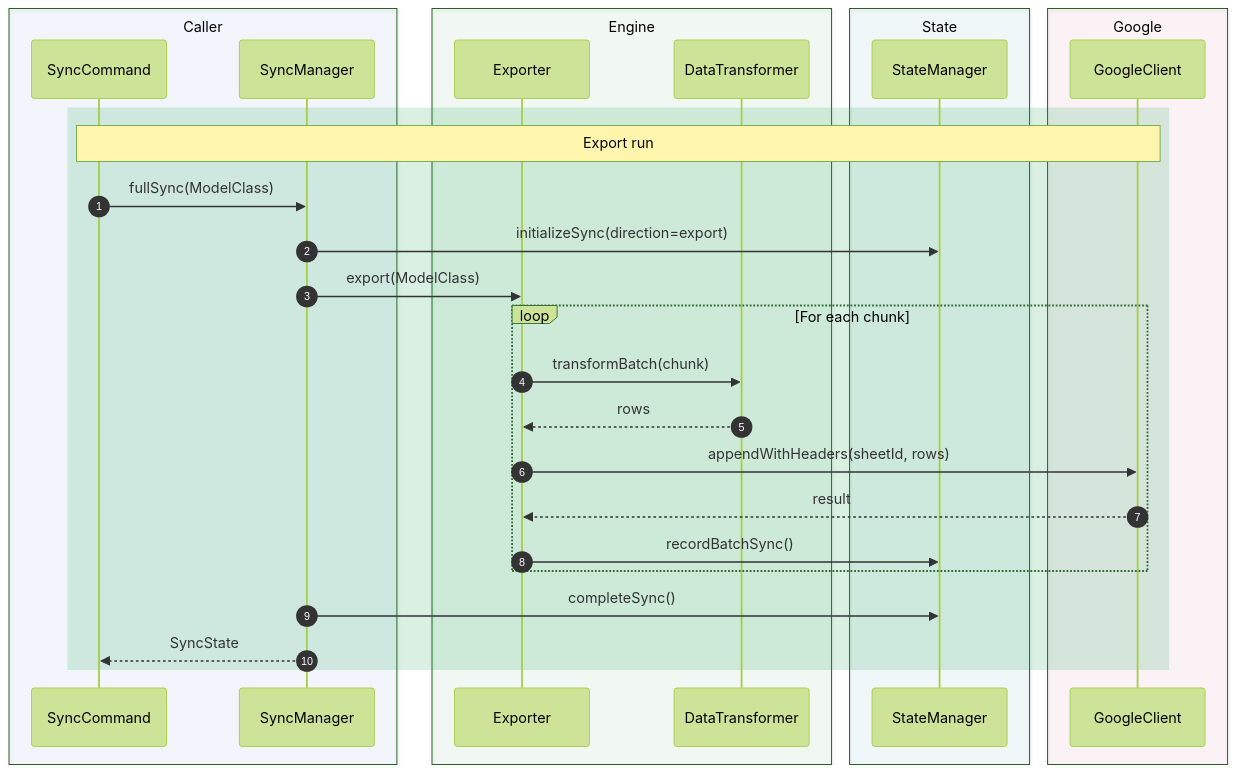
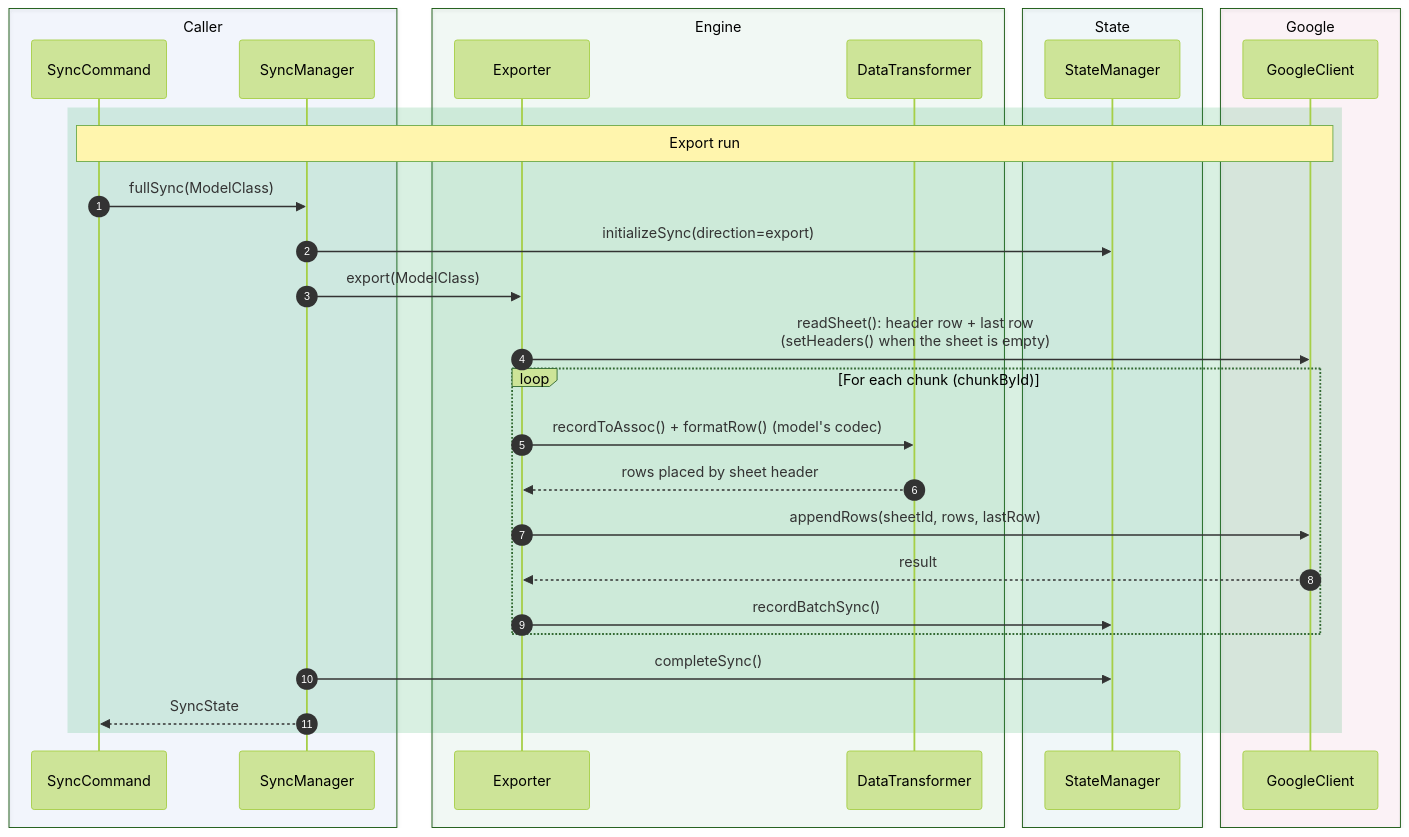
The second of 4 diagrams in docs/COMPONENTS_OVERVIEW.md (ultra-bugs/syncro-sheet), drawn with Mermaid (forest theme) before and after one commit. The commit also changed other lines of this file and 11 other files, not shown here.

````diff
--- a/docs/COMPONENTS_OVERVIEW.md
+++ b/docs/COMPONENTS_OVERVIEW.md
@@ -368,34 +387,35 @@
 ```mermaid
 sequenceDiagram
     autonumber
     box rgba(37,99,235,0.05) Caller
         participant Command as SyncCommand
         participant Manager as SyncManager
     end
     box rgba(22,163,74,0.05) Engine
         participant Processor as Exporter
         participant Transformer as DataTransformer
     end
     box rgba(8,145,178,0.05) State
         participant State as StateManager
     end
     box rgba(219,39,119,0.05) Google
         participant Client as GoogleClient
     end
 
     rect rgba(22,163,74,0.16)
         Note over Command,Client: Export run
         Command->>Manager: fullSync(ModelClass)
         Manager->>State: initializeSync(direction=export)
         Manager->>Processor: export(ModelClass)
-        loop For each chunk
-            Processor->>Transformer: transformBatch(chunk)
-            Transformer-->>Processor: rows
-            Processor->>Client: appendWithHeaders(sheetId, rows)
+        Processor->>Client: readSheet(): header row + last row<br/>(setHeaders() when the sheet is empty)
+        loop For each chunk (chunkById)
+            Processor->>Transformer: recordToAssoc() + formatRow() (model's codec)
+            Transformer-->>Processor: rows placed by sheet header
+            Processor->>Client: appendRows(sheetId, rows, lastRow)
             Client-->>Processor: result
             Processor->>State: recordBatchSync()
         end
         Manager->>State: completeSync()
         Manager-->>Command: SyncState
     end
 ```
````
